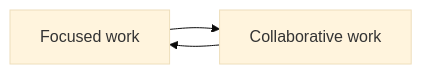
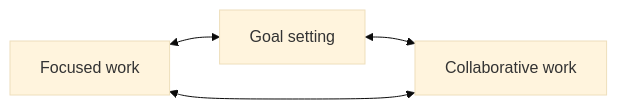
Before and after one commit to digital-work-lab/handbook: the first of 2 diagrams in docs/10-lab/10_processes/10.04.sop.md, drawn with Mermaid (base theme). The commit also changed other lines of this file, not shown here.

````diff
--- a/docs/10-lab/10_processes/10.04.sop.md
+++ b/docs/10-lab/10_processes/10.04.sop.md
@@ -51,5 +51,6 @@
 ```mermaid
 flowchart LR
-    A["Focused work"] --> B["Collaborative work"]
-    B --> A
+    A["Focused work"] <--> B["Goal setting"]
+    B <--> C["Collaborative work"]
+    C <--> A
 ```
````
